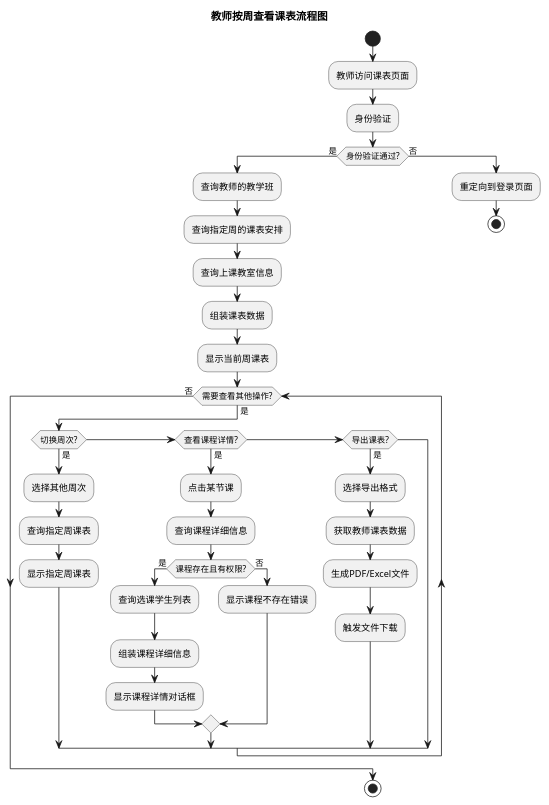
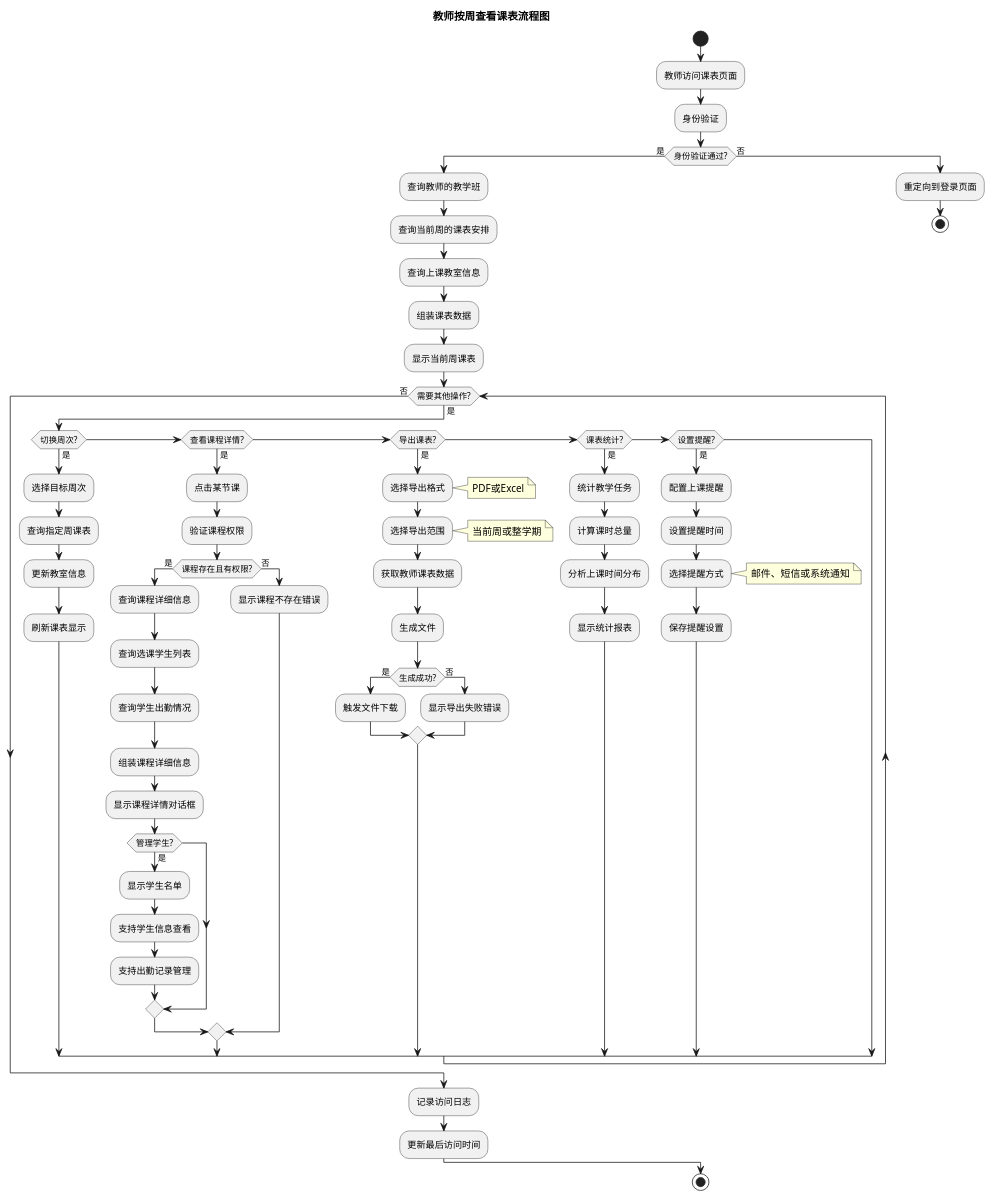
One commit to lingxiao001/CourseSchedule changed the diagram in diagram/类图和时序图/详细功能时序图/教师工作台/01_按周查看课表流程图.puml. Above: the diagram before and after it, drawn with PlantUML. The commit also changed 95 other files, not shown here.

Commit message:
draw many many diagram

```diff
--- a/diagram/类图和时序图/详细功能时序图/教师工作台/01_按周查看课表流程图.puml
+++ b/diagram/类图和时序图/详细功能时序图/教师工作台/01_按周查看课表流程图.puml
@@ -1,46 +1,81 @@
 @startuml 教师按周查看课表流程图
 title 教师按周查看课表流程图
 
 start
 
 :教师访问课表页面;
 :身份验证;
 
 if (身份验证通过?) then (是)
     :查询教师的教学班;
-    :查询指定周的课表安排;
+    :查询当前周的课表安排;
     :查询上课教室信息;
     :组装课表数据;
     :显示当前周课表;
     
-    while (需要查看其他操作?) is (是)
+    while (需要其他操作?) is (是)
         if (切换周次?) then (是)
-            :选择其他周次;
+            :选择目标周次;
             :查询指定周课表;
-            :显示指定周课表;
+            :更新教室信息;
+            :刷新课表显示;
+            
         elseif (查看课程详情?) then (是)
             :点击某节课;
-            :查询课程详细信息;
+            :验证课程权限;
             
             if (课程存在且有权限?) then (是)
+                :查询课程详细信息;
                 :查询选课学生列表;
+                :查询学生出勤情况;
                 :组装课程详细信息;
                 :显示课程详情对话框;
+                
+                if (管理学生?) then (是)
+                    :显示学生名单;
+                    :支持学生信息查看;
+                    :支持出勤记录管理;
+                endif
             else (否)
                 :显示课程不存在错误;
             endif
+            
         elseif (导出课表?) then (是)
             :选择导出格式;
+            note right: PDF或Excel
+            :选择导出范围;
+            note right: 当前周或整学期
             :获取教师课表数据;
-            :生成PDF/Excel文件;
-            :触发文件下载;
+            :生成文件;
+            
+            if (生成成功?) then (是)
+                :触发文件下载;
+            else (否)
+                :显示导出失败错误;
+            endif
+            
+        elseif (课表统计?) then (是)
+            :统计教学任务;
+            :计算课时总量;
+            :分析上课时间分布;
+            :显示统计报表;
+            
+        elseif (设置提醒?) then (是)
+            :配置上课提醒;
+            :设置提醒时间;
+            :选择提醒方式;
+            note right: 邮件、短信或系统通知
+            :保存提醒设置;
         endif
     endwhile (否)
+    
+    :记录访问日志;
+    :更新最后访问时间;
 else (否)
     :重定向到登录页面;
     stop
 endif
 
 stop
 
 @enduml 
```
